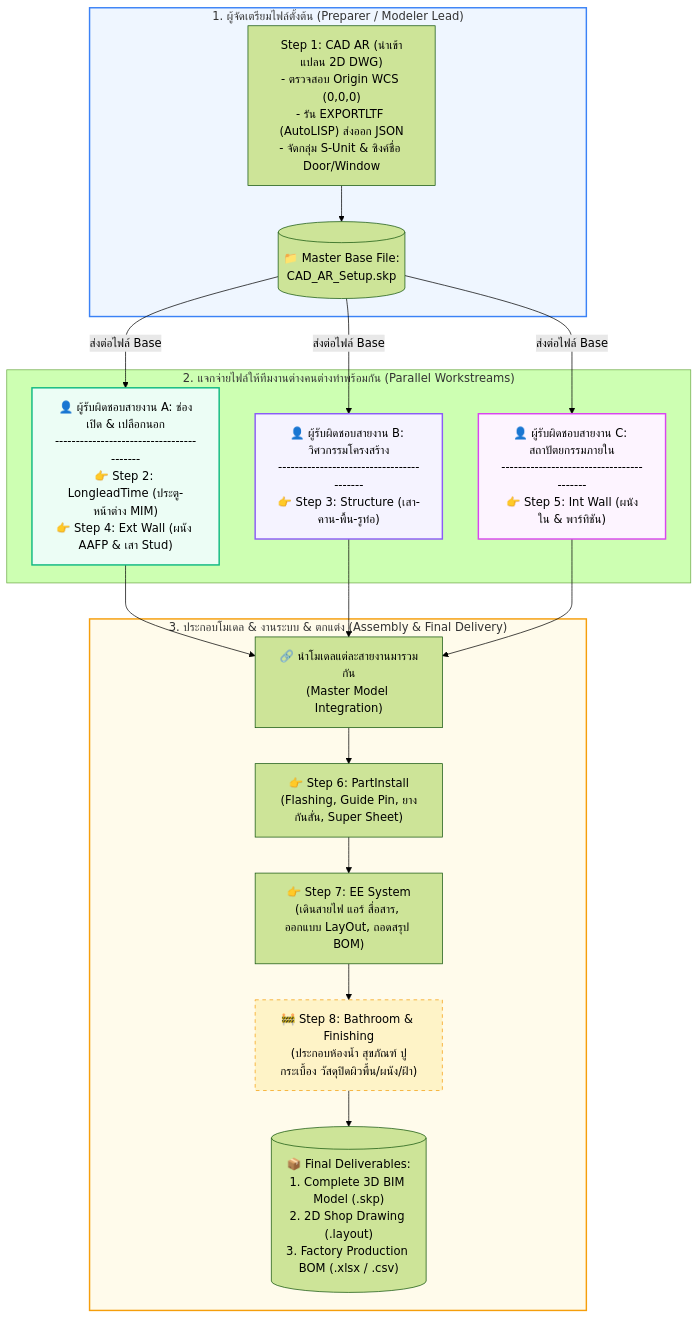
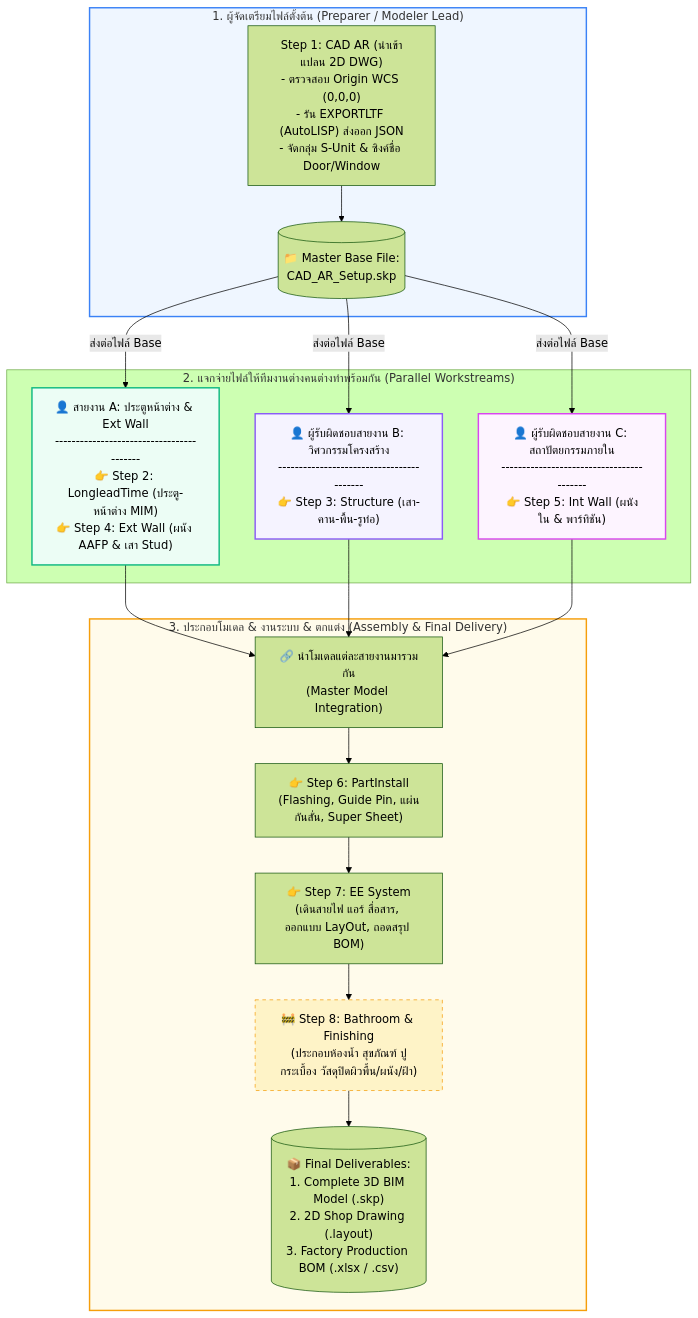
Before and after one commit to suteechu/manual-QHeim: the diagram in README.md, drawn with Mermaid (forest theme). The commit also changed other lines of this file and 9 other files, not shown here.

````diff
--- a/README.md
+++ b/README.md
@@ -52,28 +52,28 @@
 ```mermaid
 flowchart TD
     subgraph PREP["1. ผู้จัดเตรียมไฟล์ตั้งต้น (Preparer / Modeler Lead)"]
         S1["Step 1: CAD AR (นำเข้าแปลน 2D DWG)<br/>- ตรวจสอบ Origin WCS (0,0,0)<br/>- รัน EXPORTLTF (AutoLISP) ส่งออก JSON<br/>- จัดกลุ่ม S-Unit & ซิงค์ชื่อ Door/Window"]
         S1 --> BASE[("📁 Master Base File: <br/>CAD_AR_Setup.skp")]
     end
 
     subgraph PARALLEL["2. แจกจ่ายไฟล์ให้ทีมงานต่างคนต่างทำพร้อมกัน (Parallel Workstreams)"]
-        BASE -->|ส่งต่อไฟล์ Base| TEAM_A["👤 ผู้รับผิดชอบสายงาน A: ช่องเปิด & เปลือกนอก<br/>-----------------------------------------<br/>👉 Step 2: LongleadTime (ประตู-หน้าต่าง MIM)<br/>👉 Step 4: Ext Wall (ผนัง AAFP & เสา Stud)"]
+        BASE -->|ส่งต่อไฟล์ Base| TEAM_A["👤 สายงาน A: ประตูหน้าต่าง & Ext Wall<br/>-----------------------------------------<br/>👉 Step 2: LongleadTime (ประตู-หน้าต่าง MIM)<br/>👉 Step 4: Ext Wall (ผนัง AAFP & เสา Stud)"]
         BASE -->|ส่งต่อไฟล์ Base| TEAM_B["👤 ผู้รับผิดชอบสายงาน B: วิศวกรรมโครงสร้าง<br/>-----------------------------------------<br/>👉 Step 3: Structure (เสา-คาน-พื้น-รูท่อ)"]
         BASE -->|ส่งต่อไฟล์ Base| TEAM_C["👤 ผู้รับผิดชอบสายงาน C: สถาปัตยกรรมภายใน<br/>-----------------------------------------<br/>👉 Step 5: Int Wall (ผนังใน & พาร์ทิชัน)"]
     end
 
     subgraph INTEGRATION["3. ประกอบโมเดล & งานระบบ & ตกแต่ง (Assembly & Final Delivery)"]
         TEAM_A & TEAM_B & TEAM_C --> MERGE["🔗 นำโมเดลแต่ละสายงานมารวมกัน<br/>(Master Model Integration)"]
-        MERGE --> S6["👉 Step 6: PartInstall<br/>(Flashing, Guide Pin, ยางกันสั่น, Super Sheet)"]
+        MERGE --> S6["👉 Step 6: PartInstall<br/>(Flashing, Guide Pin, แผ่นกันสั่น, Super Sheet)"]
         S6 --> S7["👉 Step 7: EE System<br/>(เดินสายไฟ แอร์ สื่อสาร, ออกแบบ LayOut, ถอดสรุป BOM)"]
         S7 --> S8["🚧 Step 8: Bathroom & Finishing<br/>(ประกอบห้องน้ำ สุขภัณฑ์ ปูกระเบื้อง วัสดุปิดผิวพื้น/ผนัง/ฝ้า)"]
         S8 --> OUTPUT[("📦 Final Deliverables:<br/>1. Complete 3D BIM Model (.skp)<br/>2. 2D Shop Drawing (.layout)<br/>3. Factory Production BOM (.xlsx / .csv)")]
     end
 
     style PREP fill:#eff6ff,stroke:#3b82f6,stroke-width:2px
     style TEAM_A fill:#ecfdf5,stroke:#10b981,stroke-width:2px
     style TEAM_B fill:#f5f3ff,stroke:#8b5cf6,stroke-width:2px
     style TEAM_C fill:#fdf4ff,stroke:#d946ef,stroke-width:2px
     style INTEGRATION fill:#fffbeb,stroke:#f59e0b,stroke-width:2px
     style S8 fill:#fef3c7,stroke:#f59e0b,stroke-dasharray: 5 5
 ```
````
